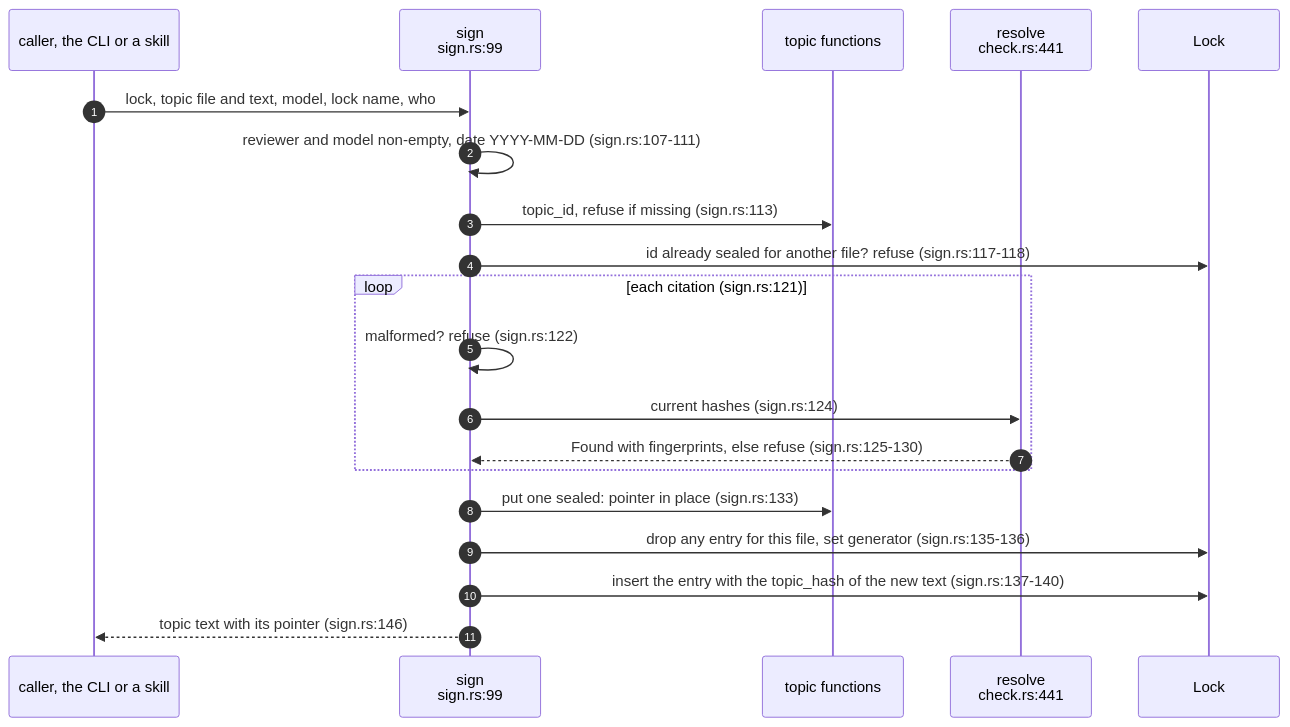
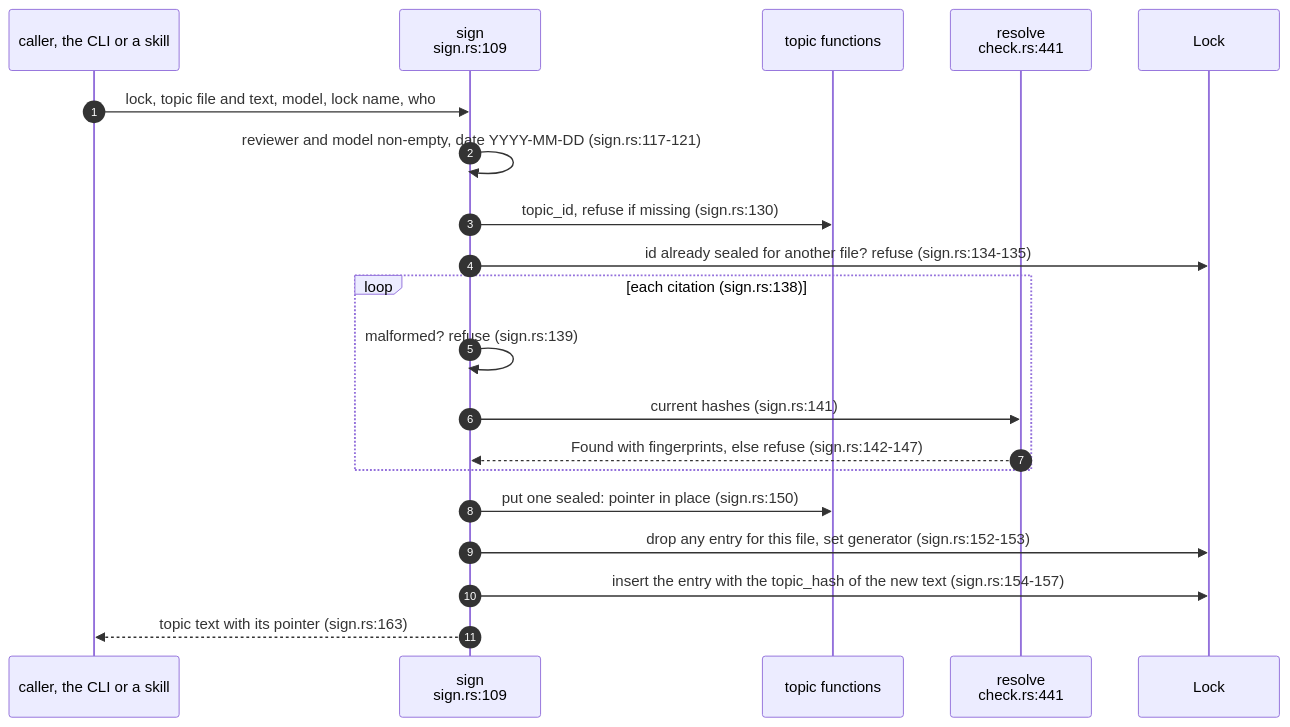
Before and after one commit to DreamLab-AI/VisionFlow: the sixth of 6 diagrams in docs/diagrams/sealmap/15-seals-the-lock-and-the-checks.md, drawn with Mermaid. The commit also changed other lines of this file and 59 other files, not shown here.

First line of the commit message:
docs(diagrams): re-derive and re-stamp forum, website, pod, ontomark and sealmap topics

````diff
--- a/docs/diagrams/sealmap/15-seals-the-lock-and-the-checks.md
+++ b/docs/diagrams/sealmap/15-seals-the-lock-and-the-checks.md
@@ -318,22 +319,22 @@
 ```mermaid
 sequenceDiagram
     autonumber
     participant CL as caller, the CLI or a skill
-    participant SG as sign<br/>sign.rs:99
+    participant SG as sign<br/>sign.rs:109
     participant TP as topic functions
     participant RS as resolve<br/>check.rs:441
     participant LK as Lock
     CL->>SG: lock, topic file and text, model, lock name, who
-    SG->>SG: reviewer and model non-empty, date YYYY-MM-DD (sign.rs:107-111)
-    SG->>TP: topic_id, refuse if missing (sign.rs:113)
-    SG->>LK: id already sealed for another file? refuse (sign.rs:117-118)
-    loop each citation (sign.rs:121)
-        SG->>SG: malformed? refuse (sign.rs:122)
-        SG->>RS: current hashes (sign.rs:124)
-        RS-->>SG: Found with fingerprints, else refuse (sign.rs:125-130)
+    SG->>SG: reviewer and model non-empty, date YYYY-MM-DD (sign.rs:117-121)
+    SG->>TP: topic_id, refuse if missing (sign.rs:130)
+    SG->>LK: id already sealed for another file? refuse (sign.rs:134-135)
+    loop each citation (sign.rs:138)
+        SG->>SG: malformed? refuse (sign.rs:139)
+        SG->>RS: current hashes (sign.rs:141)
+        RS-->>SG: Found with fingerprints, else refuse (sign.rs:142-147)
     end
-    SG->>TP: put one sealed: pointer in place (sign.rs:133)
-    SG->>LK: drop any entry for this file, set generator (sign.rs:135-136)
-    SG->>LK: insert the entry with the topic_hash of the new text (sign.rs:137-140)
-    SG-->>CL: topic text with its pointer (sign.rs:146)
+    SG->>TP: put one sealed: pointer in place (sign.rs:150)
+    SG->>LK: drop any entry for this file, set generator (sign.rs:152-153)
+    SG->>LK: insert the entry with the topic_hash of the new text (sign.rs:154-157)
+    SG-->>CL: topic text with its pointer (sign.rs:163)
 ```
````
